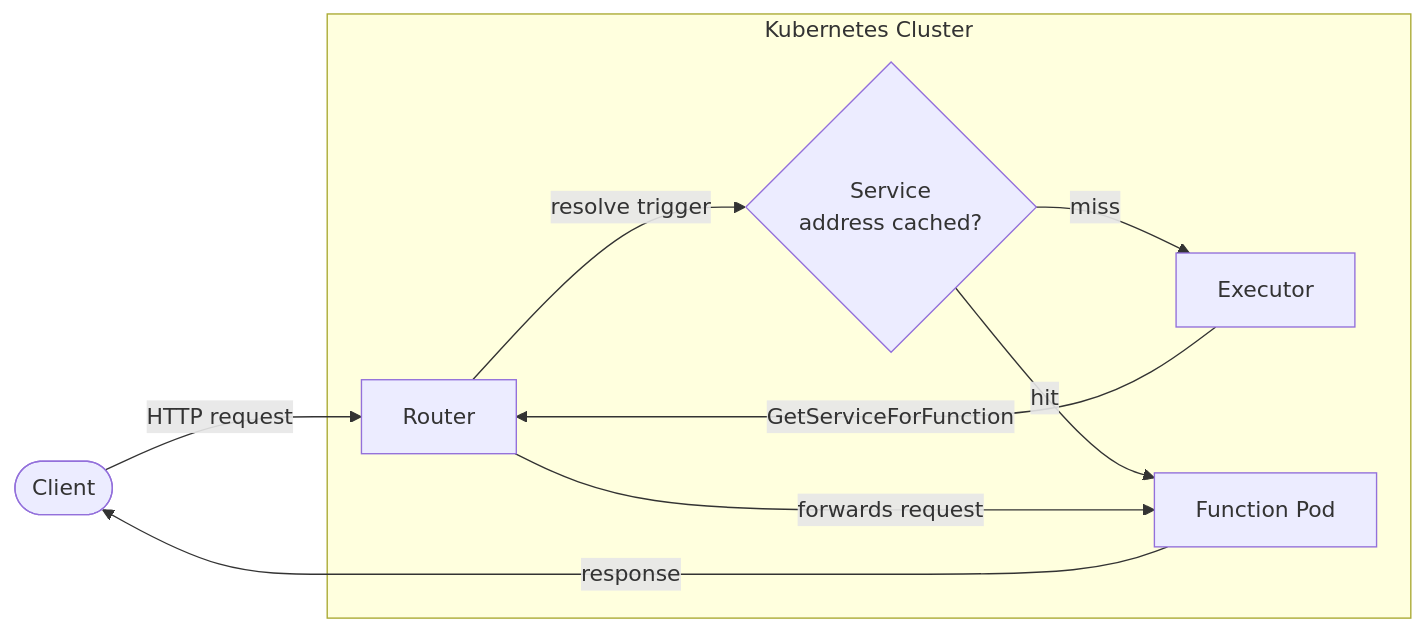
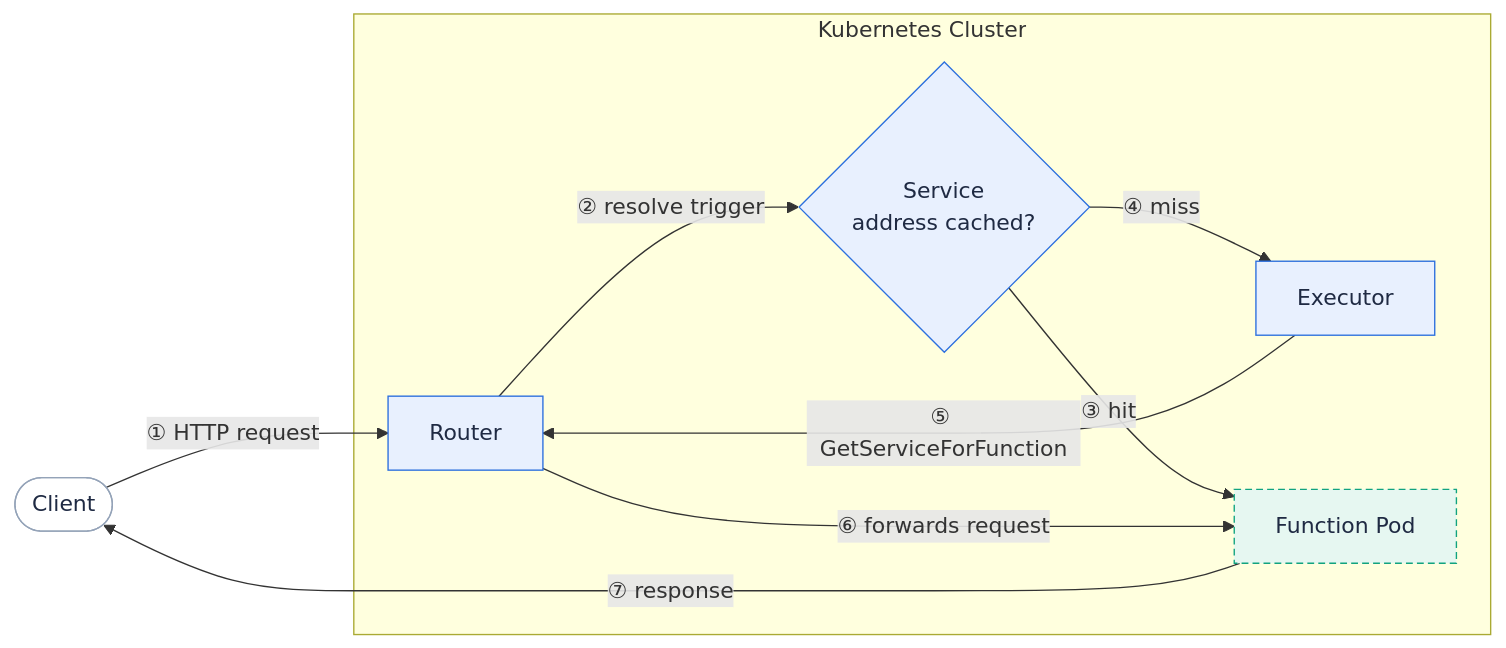
Before and after one commit to fission/fission.io: the diagram in content/en/docs/architecture/router.md, drawn with Mermaid. The commit also changed 30 other files, not shown here.

First line of the commit message:
Address PR feedback: zoomable diagrams, multi-color kit, centering, preview links

````diff
--- a/content/en/docs/architecture/router.md
+++ b/content/en/docs/architecture/router.md
@@ -21,17 +21,20 @@
 ```mermaid
 flowchart LR
-  client(["Client"])
+  client(["Client"]):::user
   subgraph k8s["Kubernetes Cluster"]
-    router["Router"]
-    cache{"Service<br/>address cached?"}
-    executor["Executor"]
-    fnPod["Function Pod"]
+    router["Router"]:::fission
+    cache{"Service<br/>address cached?"}:::fission
+    executor["Executor"]:::fission
+    fnPod["Function Pod"]:::pod
   end
-  client -->|"HTTP request"| router
-  router -->|"resolve trigger"| cache
-  cache -->|"hit"| fnPod
-  cache -->|"miss"| executor
-  executor -->|"GetServiceForFunction"| router
-  router -->|"forwards request"| fnPod
-  fnPod -->|"response"| client
+  client -->|"① HTTP request"| router
+  router -->|"② resolve trigger"| cache
+  cache -->|"③ hit"| fnPod
+  cache -->|"④ miss"| executor
+  executor -->|"⑤ GetServiceForFunction"| router
+  router -->|"⑥ forwards request"| fnPod
+  fnPod -->|"⑦ response"| client
+  classDef user fill:#ffffff,stroke:#94a3b8,color:#1f2a43
+  classDef fission fill:#e8f0fe,stroke:#2d70de,color:#1f2a43
+  classDef pod fill:#e6f7f1,stroke:#11a37f,color:#1f2a43,stroke-dasharray:5 3
 ```
````
